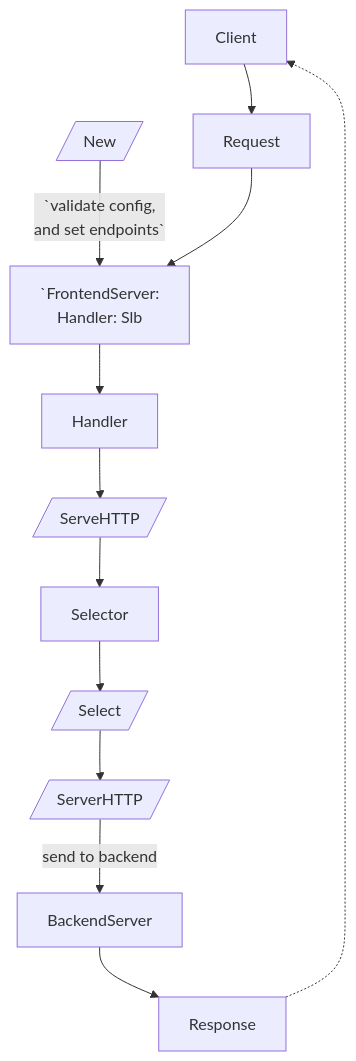
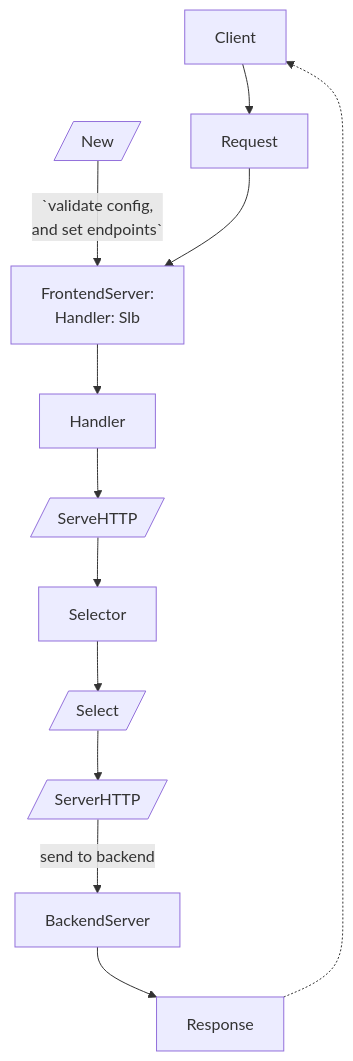
One commit to roy4ik/balance changed the diagram in README.md. Above: the diagram before and after it, drawn with Mermaid.

````diff
--- a/README.md
+++ b/README.md
@@ -23,20 +23,20 @@
 ```mermaid
 flowchart TD
 ClientServer[Client]
-FrontendServer[`FrontendServer: 
+FrontendServer[FrontendServer: 
 Handler: Slb]
 ClientServer ~~~ FrontendServer
 Start[/New/]
 clientRequest[Request]
 FrontendServeHTTP[/ServeHTTP/]
 serve[/ServerHTTP/]
 backendResponse[Response]
 select[/Select/]
 
 Start -->|`validate config, 
 and set endpoints`| FrontendServer
 ClientServer --> clientRequest --> FrontendServer
 
 FrontendServer --> FrontendHandler[Handler] --> FrontendServeHTTP
 FrontendServeHTTP --> Selector --> select --> serve -->|send to backend| BackendServer --> backendResponse -...-> ClientServer
 ```
````
